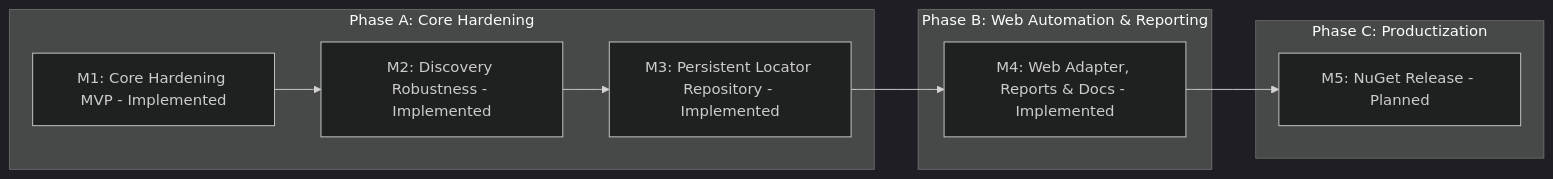
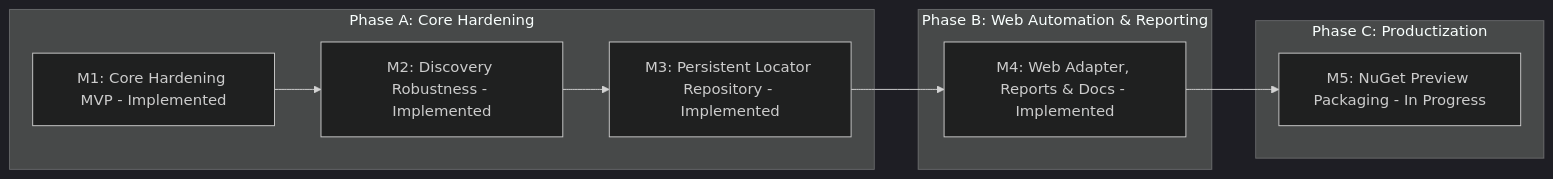
One commit to mustafasercansak/automation-sandbox changed the third of 3 diagrams in README.md. Above: the diagram before and after it, drawn with Mermaid (dark theme). The commit also changed other lines of this file and 10 other files, not shown here.

Commit message:
feat: prepare NuGet preview packaging workflow

````diff
--- a/README.md
+++ b/README.md
@@ -410,16 +413,16 @@
 ```mermaid
 graph LR
     subgraph PhaseA [Phase A: Core Hardening]
         M1[M1: Core Hardening MVP - Implemented]
         M2[M2: Discovery Robustness - Implemented]
         M3[M3: Persistent Locator Repository - Implemented]
         M1 --> M2 --> M3
     end
     subgraph PhaseB [Phase B: Web Automation & Reporting]
         M4[M4: Web Adapter, Reports & Docs - Implemented]
     end
     subgraph PhaseC [Phase C: Productization]
-        M5[M5: NuGet Release - Planned]
+        M5[M5: NuGet Preview Packaging - In Progress]
     end
     M3 --> M4 --> M5
 ```
````
